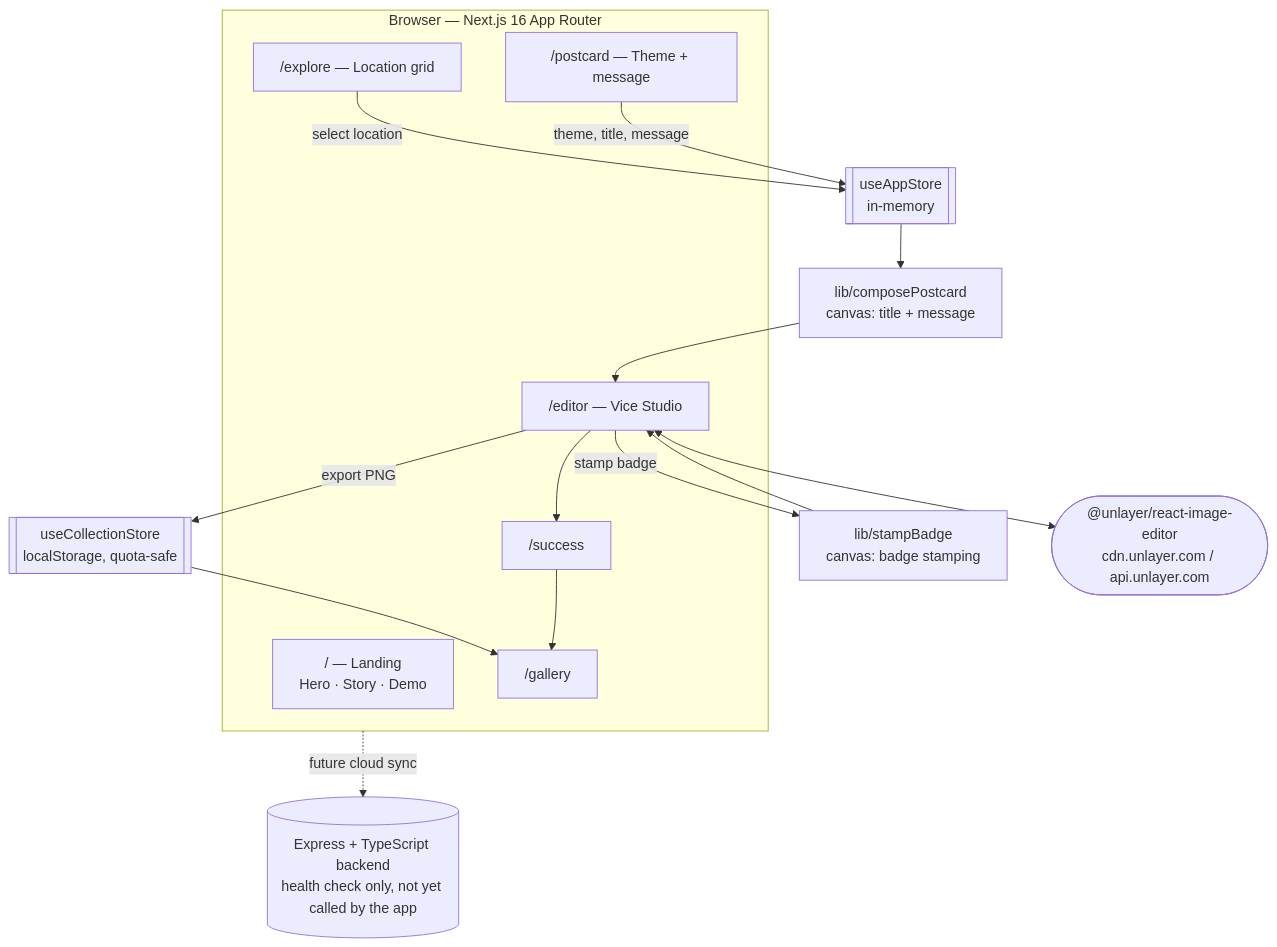
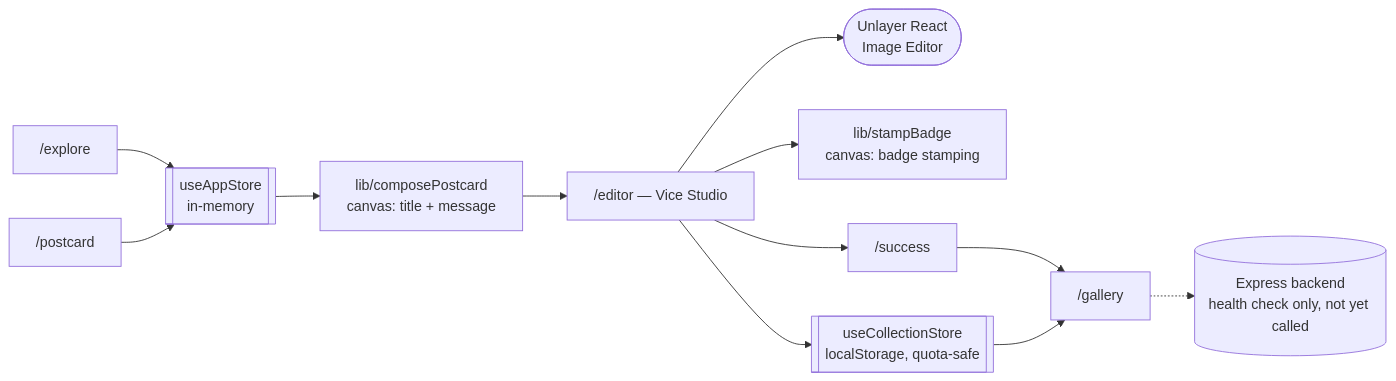
One commit to jagga-123/Voice-city-postcards changed the diagram in README.md. Above: the diagram before and after it, drawn with Mermaid.

Commit message:
Fix Mermaid diagram not rendering on GitHub
The architecture diagram had a cycle (editor -> stampBadge -> editor)
crossing a subgraph boundary, which triggers a known dagre/mermaid
layout bug ("Could not find a suitable point for the given distance")
on GitHub's renderer. Rewrote it as a single acyclic left-to-right
flow with no subgraph; verified it renders cleanly in mermaid.js
before pushing.

````diff
--- a/README.md
+++ b/README.md
@@ -104,28 +104,14 @@
 ```mermaid
-flowchart TD
-    subgraph Browser["Browser — Next.js 16 App Router"]
-        Landing["/ — Landing<br/>Hero · Story · Demo"]
-        Explore["/explore — Location grid"]
-        Postcard["/postcard — Theme + message"]
-        EditorPage["/editor — Vice Studio"]
-        Success["/success"]
-        Gallery["/gallery"]
-    end
-
-    AppStore[["useAppStore<br/>in-memory"]]
-    CollectionStore[["useCollectionStore<br/>localStorage, quota-safe"]]
-    Compose["lib/composePostcard<br/>canvas: title + message"]
-    Stamp["lib/stampBadge<br/>canvas: badge stamping"]
-    Unlayer(["@unlayer/react-image-editor<br/>cdn.unlayer.com / api.unlayer.com"])
-
-    Explore -- select location --> AppStore
-    Postcard -- theme, title, message --> AppStore
-    AppStore --> Compose --> EditorPage
-    EditorPage <--> Unlayer
-    EditorPage -- stamp badge --> Stamp --> EditorPage
-    EditorPage -- export PNG --> CollectionStore --> Gallery
-    EditorPage --> Success --> Gallery
-
-    Backend[("Express + TypeScript backend<br/>health check only, not yet called by the app")]
-    Browser -. future cloud sync .-> Backend
+flowchart LR
+    Explore["/explore"] --> AppStore[["useAppStore<br/>in-memory"]]
+    Postcard["/postcard"] --> AppStore
+    AppStore --> Compose["lib/composePostcard<br/>canvas: title + message"]
+    Compose --> EditorPage["/editor — Vice Studio"]
+    EditorPage --> Unlayer(["Unlayer React<br/>Image Editor"])
+    EditorPage --> Stamp["lib/stampBadge<br/>canvas: badge stamping"]
+    EditorPage --> Success["/success"]
+    EditorPage --> CollectionStore[["useCollectionStore<br/>localStorage, quota-safe"]]
+    Success --> Gallery["/gallery"]
+    CollectionStore --> Gallery
+    Gallery -.-> Backend[("Express backend<br/>health check only, not yet called")]
 ```
````
